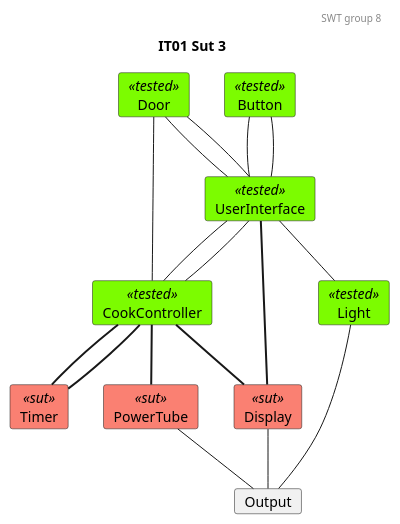
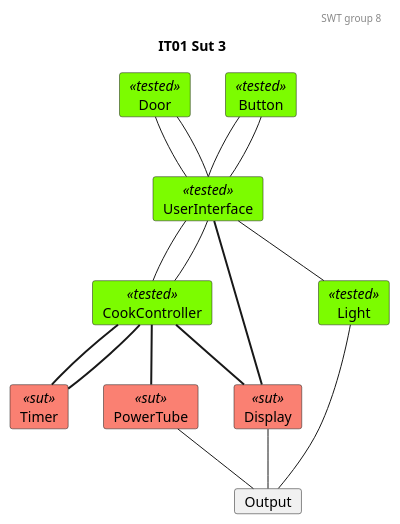
One commit to mikkel-ol/I4SWT-MicrowaveOven changed the diagram in docs/SysTestTree3.plantuml. Above: the diagram before and after it, drawn with PlantUML. The commit also changed 3 other files, not shown here.

Commit message:
Door does not depend on CooksController

```diff
--- a/docs/SysTestTree3.plantuml
+++ b/docs/SysTestTree3.plantuml
@@ -1,68 +1,68 @@
 @startuml IT03-Sut
 
 'Testing colors:
 skinparam card{
     backgroundColor<<tested>> lawngreen
     backgroundColor<<sut>> salmon
     backgroundColor<<test>> salmon
     backgroundColor<<fake>> gold
 }
 
 header SWT group 8
 title IT01 Sut 3
 
 '0.
     card Door<<tested>>
     card Button<<tested>>
 
 '1.
     card UserInterface<<tested>>
 
 '2.
     card CookController<<tested>>
     card Light<<tested>>
 
 '3.
     card Timer<<sut>>
     card PowerTube<<sut>>
     card Display<<sut>>
 
 '4 
     card Output
 
 'Relations projects
 ' 0. to 1.
 Door -- UserInterface
 Door -- UserInterface
 
 Button -- UserInterface
 Button -- UserInterface
 
 
 'Relations CookController:
 '1.
 UserInterface -- CookController
 UserInterface -- CookController
 '1. to 2.
-Door - CookController
+'Door - CookController
 
 
 CookController -[thickness=2]- PowerTube
 
 '1. to 2.
 UserInterface -[thickness=2]- Display
 UserInterface -- Light
 CookController -[thickness=2]- Display
 
 CookController -[thickness=2]- Timer
 CookController -[thickness=2]- Timer 
 
 
 ' Relations 2. to 3.
 Light -- Output
 Display -- Output
 PowerTube -- Output
 
 
 
 @enduml
```
